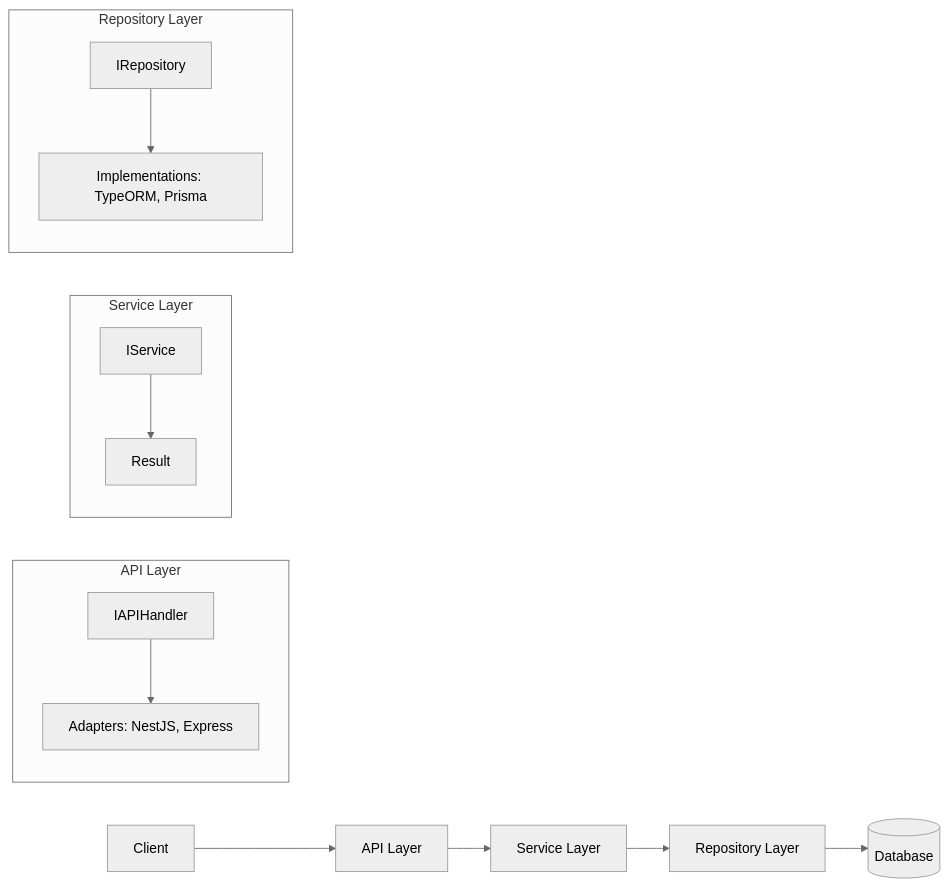
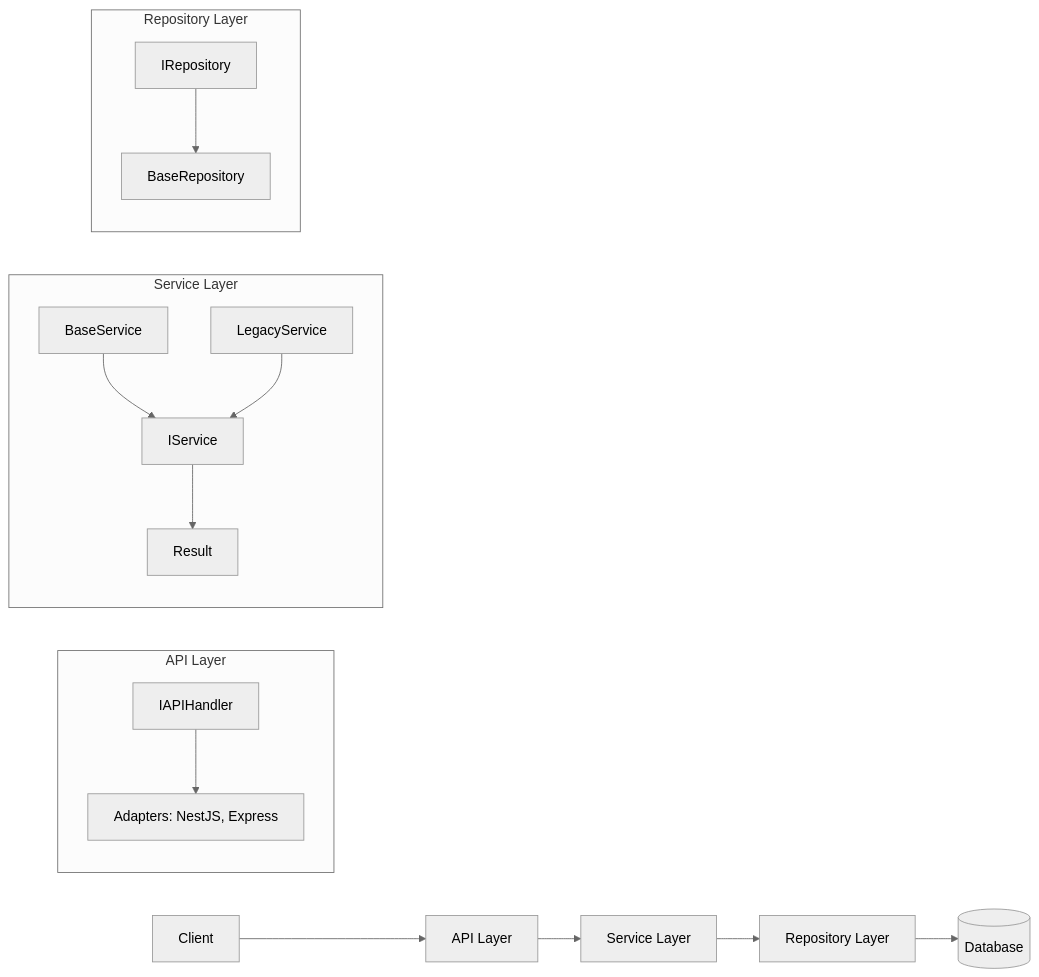
The diagram in README.md (JohnyYen/ignix-core), drawn with Mermaid (neutral theme) before and after one commit. The commit also changed other lines of this file and 1 other file, not shown here.

Commit message:
Update README for @ignix/core package with BaseService and usage examples

````diff
--- a/README.md
+++ b/README.md
@@ -47,19 +47,21 @@
 ```mermaid
 graph LR
     A[Client] --> B[API Layer]
     B --> C[Service Layer]
     C --> D[Repository Layer]
     D --> E[(Database)]
 
     subgraph "API Layer"
         F[IAPIHandler] --> G[Adapters: NestJS, Express]
     end
 
     subgraph "Service Layer"
         H[IService<T>] --> I[Result<T, E>]
+        J[BaseService] --> H
+        K[LegacyService] --> H
     end
 
     subgraph "Repository Layer"
-        J[IRepository<T>] --> K[Implementations: TypeORM, Prisma]
+        L[IRepository<T>] --> M[BaseRepository]
     end
 ```
````
